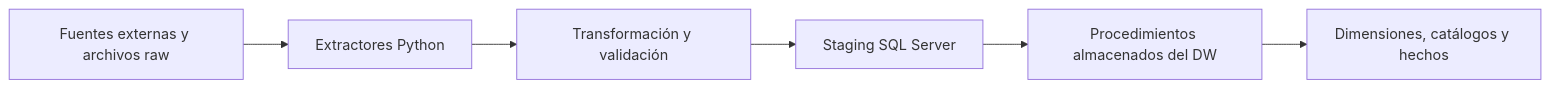
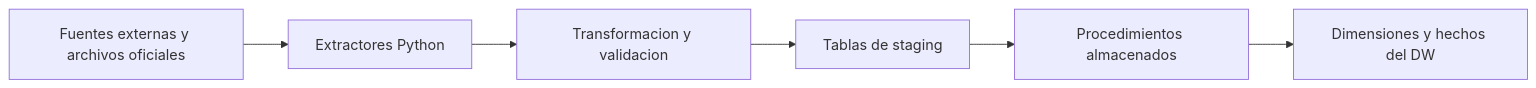
The first of 3 diagrams in README.md (DesmondBermudez/Proyecto-AlmacenesDatos), drawn with Mermaid before and after one commit. The commit also changed other lines of this file and 2 other files, not shown here.

Commit message:
docs/reorganiza README y alinea diagramas con el flujo ETL y el modelo DW real fix/smoke: cambios menores de optimizacion feature/DW:query para Azure SQL

````diff
--- a/README.md
+++ b/README.md
@@ -20,8 +33,8 @@
 ```mermaid
 flowchart LR
-    A["Fuentes externas y archivos raw"] --> B["Extractores Python"]
-    B --> C["Transformación y validación"]
-    C --> D["Staging SQL Server"]
-    D --> E["Procedimientos almacenados del DW"]
-    E --> F["Dimensiones, catálogos y hechos"]
+    A["Fuentes externas y archivos oficiales"] --> B["Extractores Python"]
+    B --> C["Transformacion y validacion"]
+    C --> D["Tablas de staging"]
+    D --> E["Procedimientos almacenados"]
+    E --> F["Dimensiones y hechos del DW"]
 ```
````
